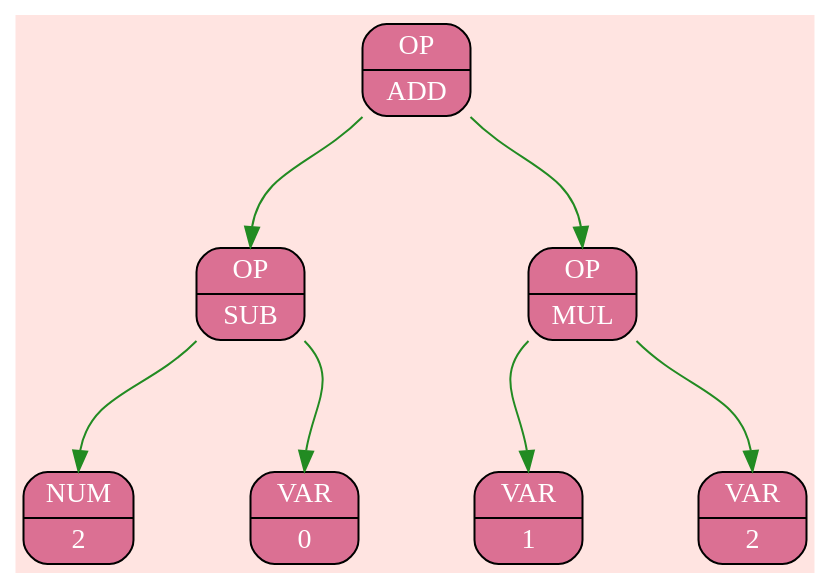
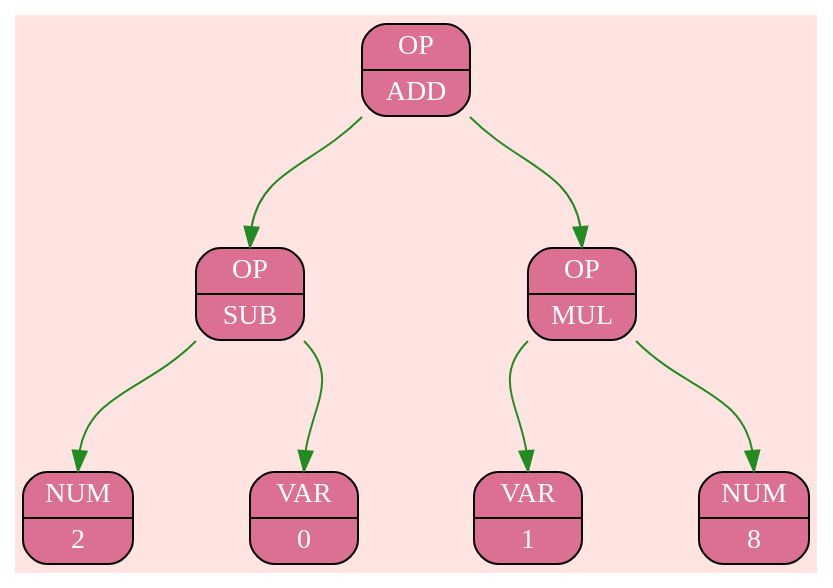
Before and after one commit to Shishkin-Vasiliy/Differentiator.Ai: the diagram in TreeLog/pict_0.dot, drawn with Graphviz. The commit also changed 7 other files, not shown here.

```diff
--- a/TreeLog/pict_0.dot
+++ b/TreeLog/pict_0.dot
@@ -1,37 +1,37 @@
 digraph {
 bgcolor="#FFE4E1";
 rankdir=TB;
 nodesep=0.8;
 ranksep=0.9;
 node_0x504000000010 [shape=Mrecord; style=filled; fillcolor="#DB7093"; fontcolor="#FFFFFF";
        label="  { OP | ADD }"];
 { rank=source; node_0x504000000010 };
 node_0x504000000050 [shape=Mrecord; style=filled; fillcolor="#DB7093"; fontcolor="#FFFFFF";
        label="  { OP | SUB }"];
 node_0x504000000090 [shape=Mrecord; style=filled; fillcolor="#DB7093"; fontcolor="#FFFFFF";
        label="  { NUM | 2 }"];
 { rank=sink; node_0x504000000090 };
 edge [color="#FFFFFF"];
 node_0x504000000050:sw -> node_0x504000000090:n [color="#228B22"]
 ;node_0x5040000000d0 [shape=Mrecord; style=filled; fillcolor="#DB7093"; fontcolor="#FFFFFF";
        label="  { VAR | 0 }"];
 { rank=sink; node_0x5040000000d0 };
 edge [color="#FFFFFF"];
 node_0x504000000050:se -> node_0x5040000000d0:n [color="#228B22"]
 ;edge [color="#FFFFFF"];
 node_0x504000000010:sw -> node_0x504000000050:n [color="#228B22"]
 ;node_0x504000000110 [shape=Mrecord; style=filled; fillcolor="#DB7093"; fontcolor="#FFFFFF";
        label="  { OP | MUL }"];
 node_0x504000000150 [shape=Mrecord; style=filled; fillcolor="#DB7093"; fontcolor="#FFFFFF";
        label="  { VAR | 1 }"];
 { rank=sink; node_0x504000000150 };
 edge [color="#FFFFFF"];
 node_0x504000000110:sw -> node_0x504000000150:n [color="#228B22"]
 ;node_0x504000000190 [shape=Mrecord; style=filled; fillcolor="#DB7093"; fontcolor="#FFFFFF";
-       label="  { VAR | 2 }"];
+       label="  { NUM | 8 }"];
 { rank=sink; node_0x504000000190 };
 edge [color="#FFFFFF"];
 node_0x504000000110:se -> node_0x504000000190:n [color="#228B22"]
 ;edge [color="#FFFFFF"];
 node_0x504000000010:se -> node_0x504000000110:n [color="#228B22"]
 ;}
```
